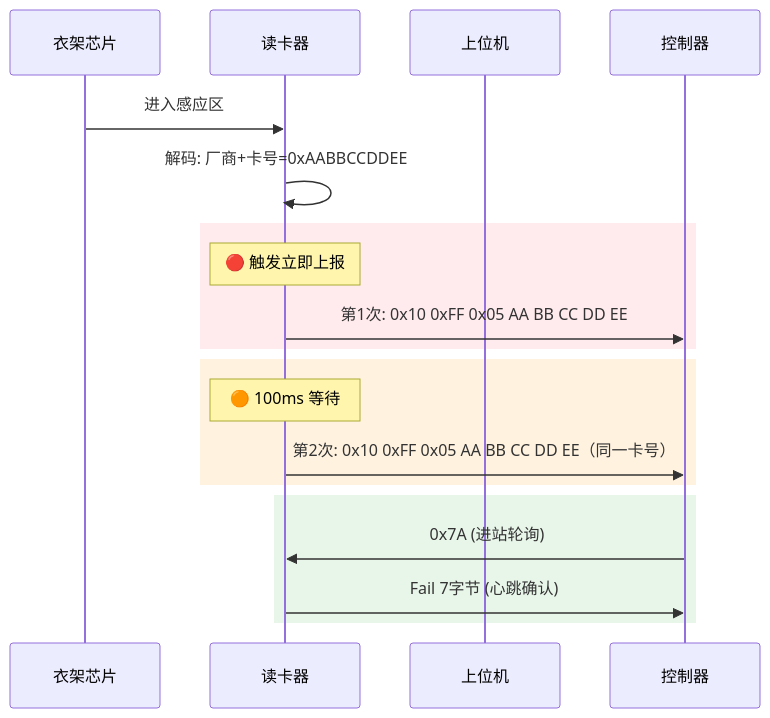
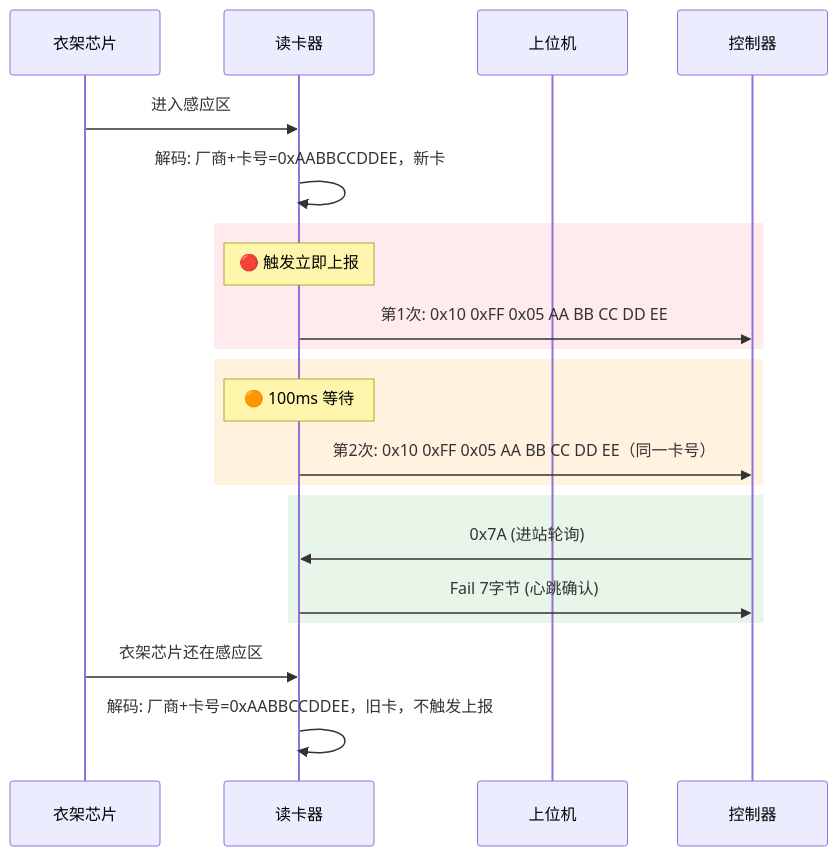
The first of 3 diagrams in 工作/[[SR3读卡器]]/260804SR3新框架整理.md (Siaiai/ObsidianNote), drawn with Mermaid before and after one commit. The commit also changed other lines of this file and 3 other files, not shown here.

````diff
--- a/工作/[[SR3读卡器]]/260804SR3新框架整理.md
+++ b/工作/[[SR3读卡器]]/260804SR3新框架整理.md
@@ -72,24 +73,26 @@
 ```mermaid
 sequenceDiagram
     participant 衣架芯片
     participant 读卡器
     participant 上位机
 
     衣架芯片->>读卡器: 进入感应区
-    读卡器->>读卡器: 解码: 厂商+卡号=0xAABBCCDDEE
+    读卡器->>读卡器: 解码: 厂商+卡号=0xAABBCCDDEE，新卡
 
     rect rgb(255, 235, 238)
         Note over 读卡器: 🔴 触发立即上报
         读卡器->>控制器: 第1次: 0x10 0xFF 0x05 AA BB CC DD EE
     end
 
     rect rgb(255, 243, 224)
         Note over 读卡器: 🟠 100ms 等待
         读卡器->>控制器: 第2次: 0x10 0xFF 0x05 AA BB CC DD EE（同一卡号）
     end
 
     rect rgb(232, 245, 233)
         控制器->>读卡器: 0x7A (进站轮询)
         读卡器->>控制器: Fail 7字节 (心跳确认)
     end
+    衣架芯片->>读卡器: 衣架芯片还在感应区
+    读卡器->>读卡器: 解码: 厂商+卡号=0xAABBCCDDEE，旧卡，不触发上报
 ```
````
